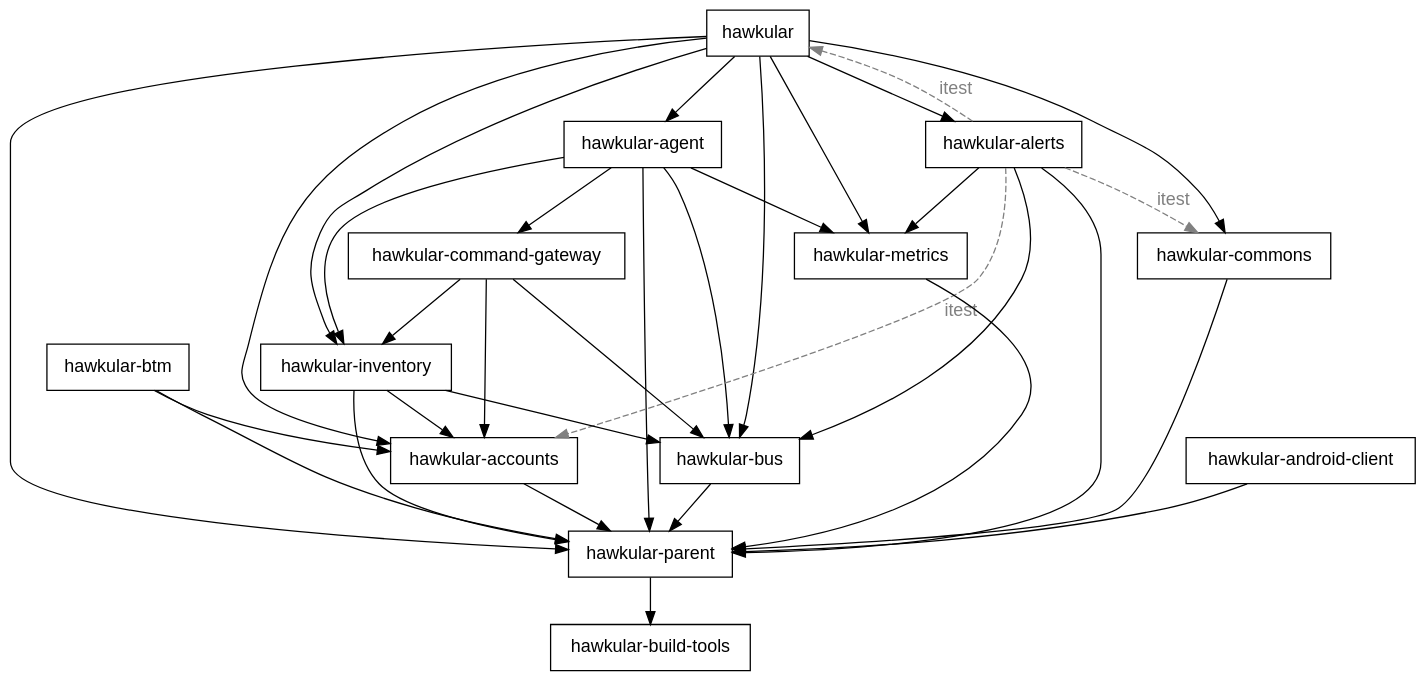
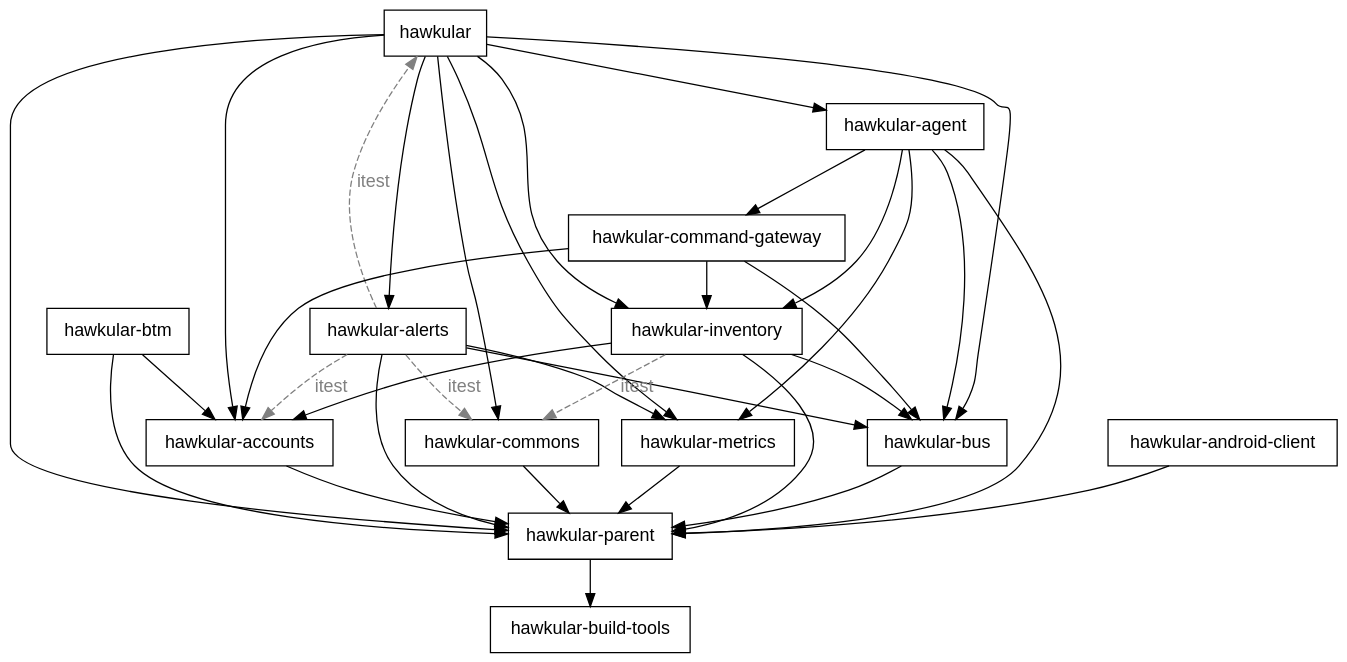
The diagram in src/main/manually-generated/assets/img/docs/dev/components-dependencies.dot (hawkular/hawkular.github.io), drawn with Graphviz before and after one commit. The commit also changed 1 other file, not shown here.

Commit message:
inventory dependencies
svg file

```diff
--- a/src/main/manually-generated/assets/img/docs/dev/components-dependencies.dot
+++ b/src/main/manually-generated/assets/img/docs/dev/components-dependencies.dot
@@ -1,72 +1,73 @@
 // Hawkular Component Dependencies
 // build with
 // cd src/main
 // dot -Tsvg manually-generated/assets/img/docs/dev/components-dependencies.dot -o jbake/assets/img/docs/dev/components-dependencies.svg
 
 digraph {
     graph [bgcolor="transparent" fontname="helvetica"]
     node [fontname = "helvetica" shape=box]
     edge [fontname = "helvetica"]
 
     "hawkular"
     "hawkular-accounts"
     "hawkular-agent"
     "hawkular-alerts"
     "hawkular-btm"
     "hawkular-build-tools"
     "hawkular-bus"
     "hawkular-commons"
     "hawkular-command-gateway"
     "hawkular-inventory"
     "hawkular-metrics"
     "hawkular-parent"
 
     "hawkular-parent" -> "hawkular-build-tools"
 
     // all components depend on parent
     "hawkular" -> "hawkular-parent"
     "hawkular-accounts" -> "hawkular-parent"
     "hawkular-android-client" -> "hawkular-parent"
     "hawkular-agent" -> "hawkular-parent"
     "hawkular-alerts" -> "hawkular-parent"
     "hawkular-btm" -> "hawkular-parent"
     "hawkular-bus" -> "hawkular-parent"
     "hawkular-commons" -> "hawkular-parent"
     "hawkular-inventory" -> "hawkular-parent"
     "hawkular-metrics" -> "hawkular-parent"
 
     // hawkular direct deps
     "hawkular" -> "hawkular-accounts"
     "hawkular" -> "hawkular-agent"
     "hawkular" -> "hawkular-alerts"
     "hawkular" -> "hawkular-bus"
     "hawkular" -> "hawkular-commons"
     "hawkular" -> "hawkular-inventory"
     "hawkular" -> "hawkular-metrics"
 
     // command-gateway direct deps
     "hawkular-command-gateway" -> "hawkular-accounts"
     "hawkular-command-gateway" -> "hawkular-bus"
     "hawkular-command-gateway" -> "hawkular-inventory"
 
     // agent direct deps
     "hawkular-agent" -> "hawkular-command-gateway"
     "hawkular-agent" -> "hawkular-bus"
     "hawkular-agent" -> "hawkular-inventory"
     "hawkular-agent" -> "hawkular-metrics"
 
     // alerts direct deps
     "hawkular-alerts" -> "hawkular" [style=dashed, color=gray, label="itest" fontcolor="grey"]
     "hawkular-alerts" -> "hawkular-accounts" [style=dashed, color=gray, label="itest" fontcolor="grey"]
     "hawkular-alerts" -> "hawkular-commons" [style=dashed, color=gray, label="itest" fontcolor="grey"]
     "hawkular-alerts" -> "hawkular-bus"
     "hawkular-alerts" -> "hawkular-metrics"
 
     // btm direct deps
     "hawkular-btm" -> "hawkular-accounts"
 
     // inventory direct deps
     "hawkular-inventory" -> "hawkular-accounts"
     "hawkular-inventory" -> "hawkular-bus"
+    "hawkular-inventory" -> "hawkular-commons" [style=dashed, color=gray, label="itest" fontcolor="grey"]
 
 }
```
